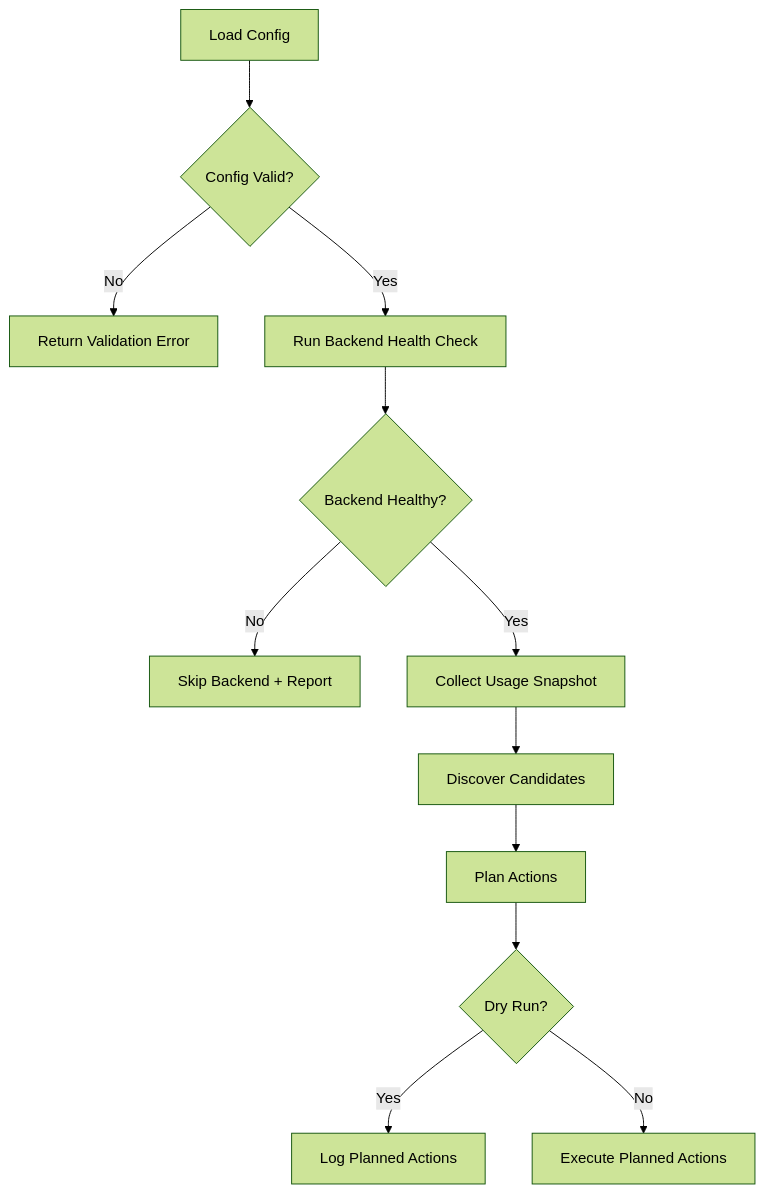
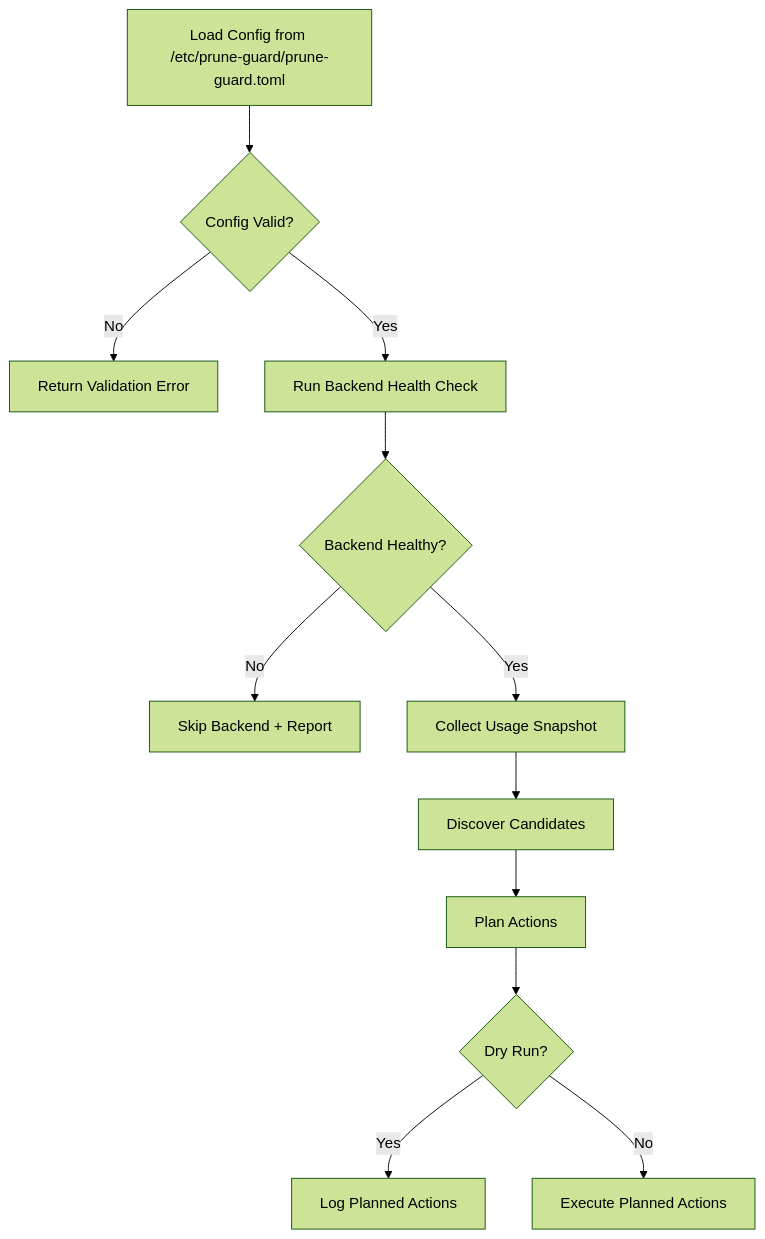
The first of 3 diagrams in flowcharts/core-architecture.md (vivekvedant/prune-guard), drawn with Mermaid (forest theme) before and after one commit. The commit also changed 5 other files, not shown here.

````diff
--- a/flowcharts/core-architecture.md
+++ b/flowcharts/core-architecture.md
@@ -7,14 +7,14 @@
 ```mermaid
 flowchart TD
-    A[Load Config] --> B{Config Valid?}
+    A[Load Config from /etc/prune-guard/prune-guard.toml] --> B{Config Valid?}
     B -- No --> C[Return Validation Error]
     B -- Yes --> D[Run Backend Health Check]
     D --> E{Backend Healthy?}
     E -- No --> F[Skip Backend + Report]
     E -- Yes --> G[Collect Usage Snapshot]
     G --> H[Discover Candidates]
     H --> I[Plan Actions]
     I --> J{Dry Run?}
     J -- Yes --> K[Log Planned Actions]
     J -- No --> L[Execute Planned Actions]
 ```
````
